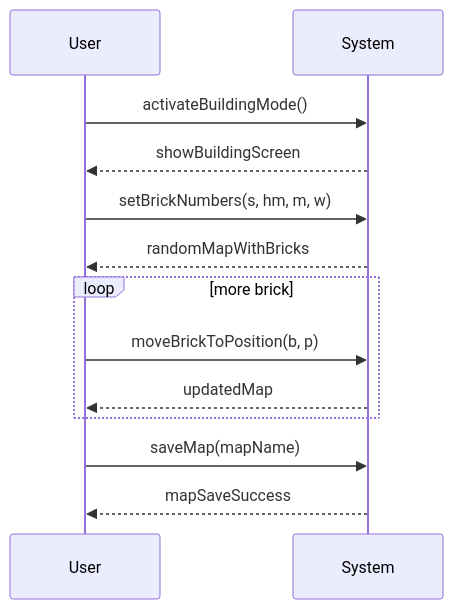
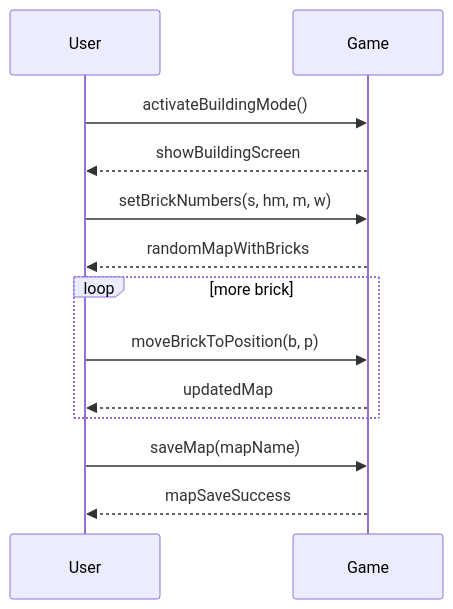
One commit to Shamdan17/Bricking_Bad changed the diagram in system-sequence-diagrams/build-a-map.md. Above: the diagram before and after it, drawn with Mermaid. The commit also changed other lines of this file and 14 other files, not shown here.

Commit message:
change all instances of system to game

````diff
--- a/system-sequence-diagrams/build-a-map.md
+++ b/system-sequence-diagrams/build-a-map.md
@@ -3,16 +3,16 @@
 ```mermaid
 sequenceDiagram
 participant User
-participant System
-User->> System: activateBuildingMode()
-System-->>User: showBuildingScreen
-User->> System: setBrickNumbers(s, hm, m, w)
-System-->>User: randomMapWithBricks
+participant Game
+User->> Game: activateBuildingMode()
+Game-->>User: showBuildingScreen
+User->> Game: setBrickNumbers(s, hm, m, w)
+Game-->>User: randomMapWithBricks
 loop more brick
-	User->> System: moveBrickToPosition(b, p)
-	System-->>User: updatedMap
+	User->> Game: moveBrickToPosition(b, p)
+	Game-->>User: updatedMap
 end
-User->> System: saveMap(mapName)
-System-->>User: mapSaveSuccess
+User->> Game: saveMap(mapName)
+Game-->>User: mapSaveSuccess
 
 ```
````
